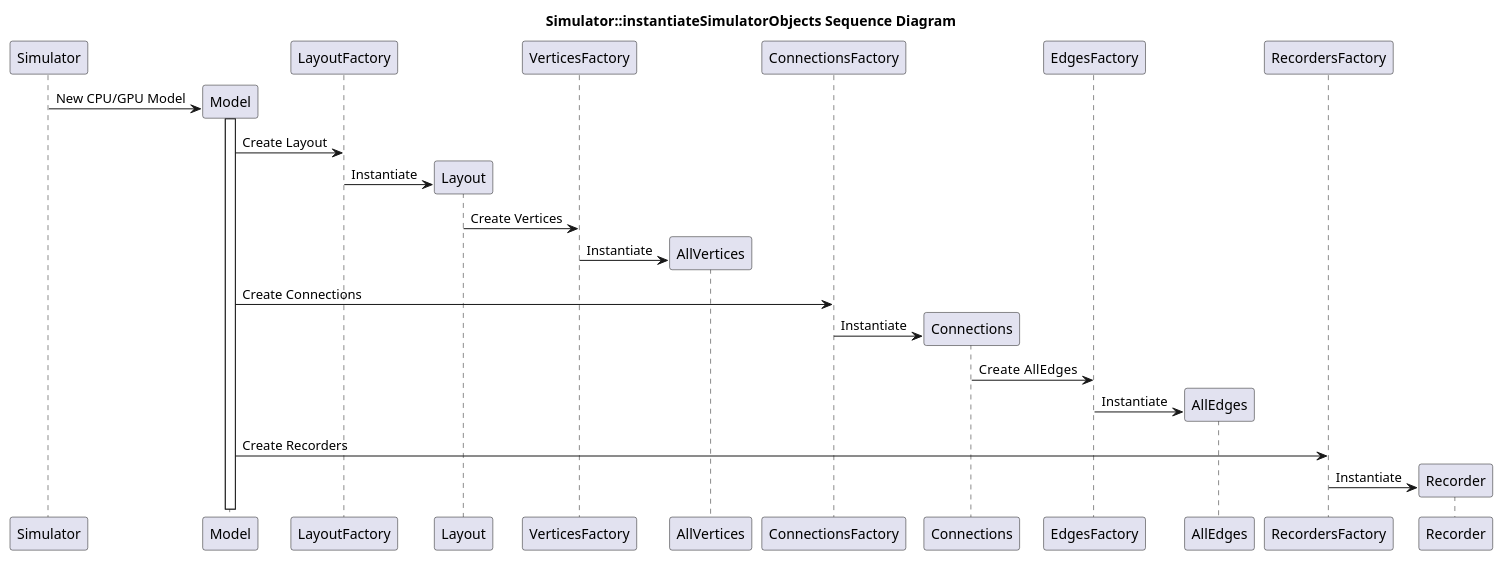
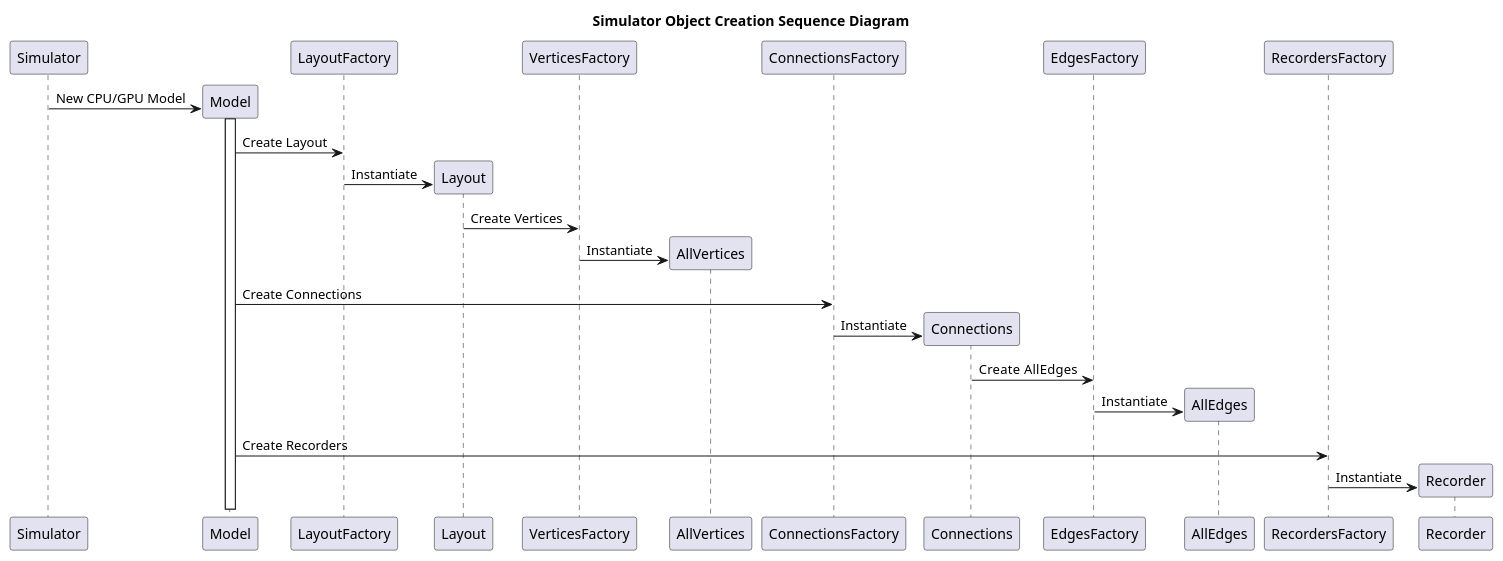
Before and after one commit to UWB-Biocomputing/Graphitti: the diagram in docs/Developer/UML/simObjectsCreation.puml, drawn with PlantUML. The commit also changed 2 other files, not shown here.

Commit message:
Changed names of diagrams

```diff
--- a/docs/Developer/UML/simObjectsCreation.puml
+++ b/docs/Developer/UML/simObjectsCreation.puml
@@ -2,20 +2,20 @@
 @startuml simObjectsCreation
 
-title Simulator::instantiateSimulatorObjects Sequence Diagram
+title Simulator Object Creation Sequence Diagram
 
 Simulator -> Model ** : New CPU/GPU Model
 activate Model
-Model -> LayoutFactory: Create Layout 
+Model -> LayoutFactory: Create Layout
 LayoutFactory -> Layout **: Instantiate
 Layout -> VerticesFactory: Create Vertices
 VerticesFactory -> AllVertices **: Instantiate
 
 Model -> ConnectionsFactory: Create Connections
 ConnectionsFactory -> Connections **: Instantiate
 Connections -> EdgesFactory: Create  AllEdges
 EdgesFactory -> AllEdges **: Instantiate
 
 Model -> RecordersFactory: Create Recorders
 RecordersFactory -> Recorder **: Instantiate
 
 @enduml
```
